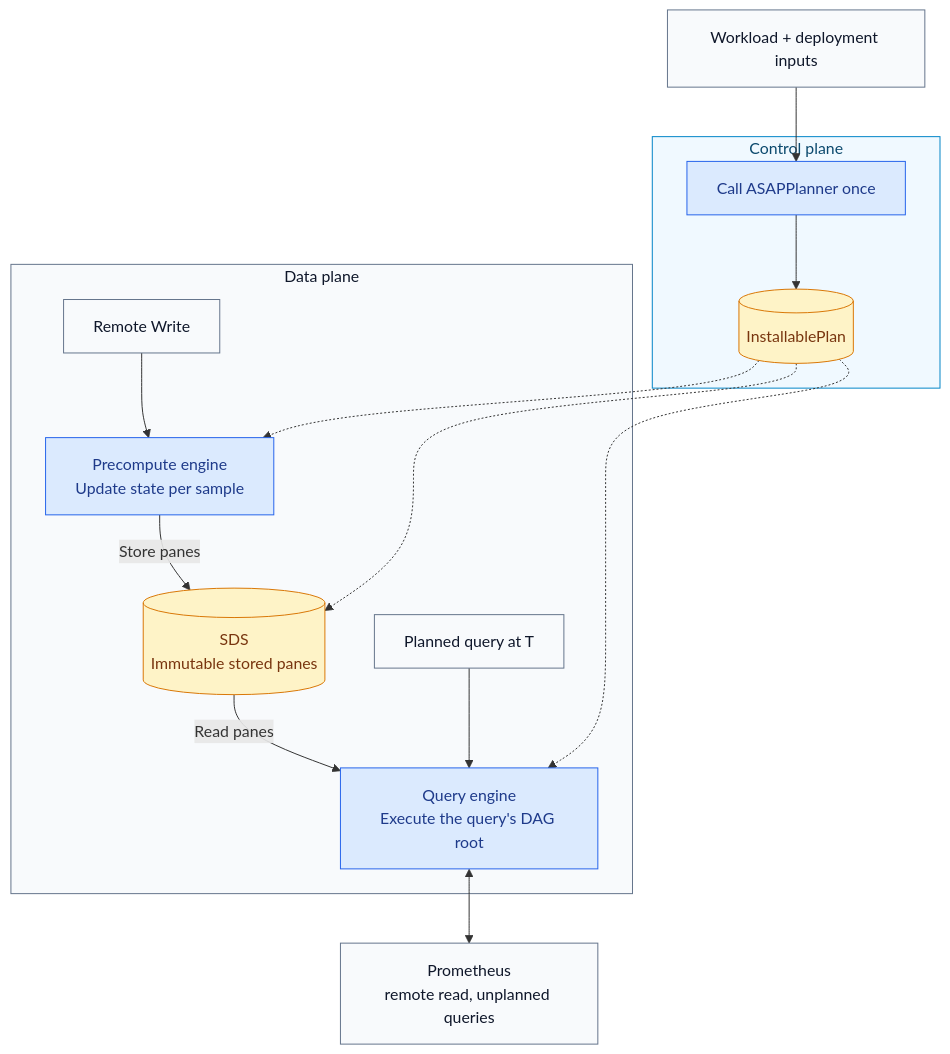
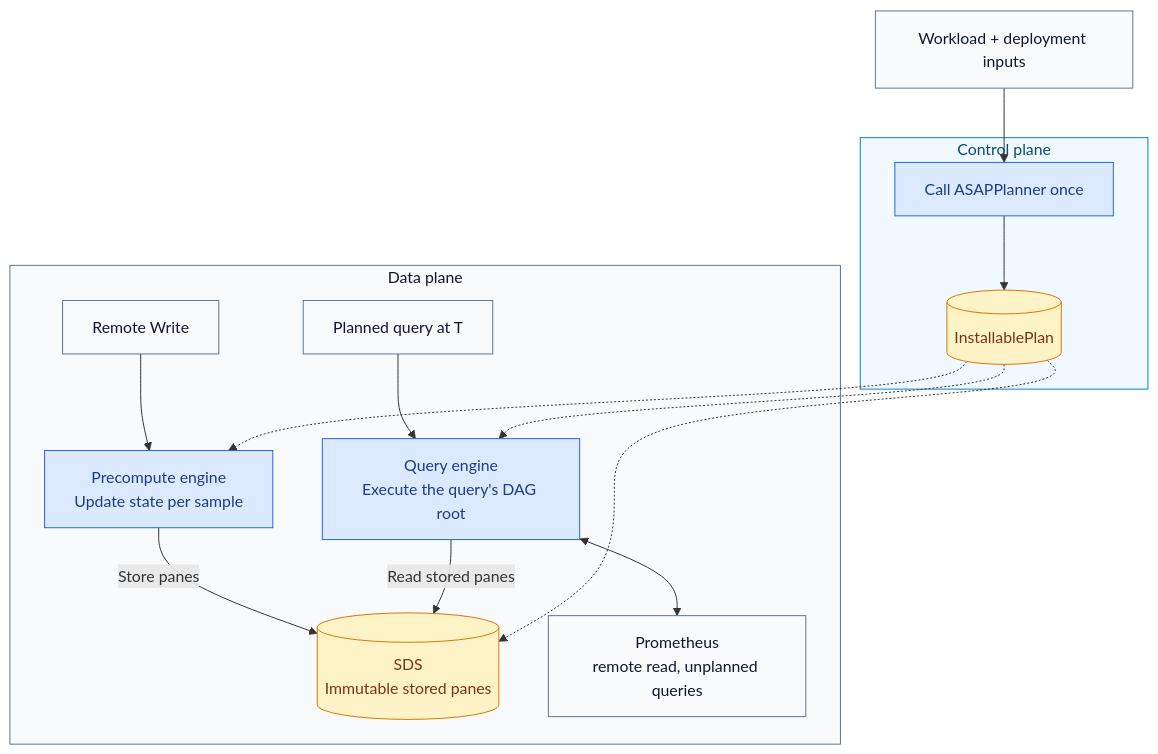
Before and after one commit to ProjectASAP/ASAPQuery-backend: the diagram in docs/design/backend-on-planner-physical-dag.md, drawn with Mermaid. The commit also changed other lines of this file, not shown here.

Commit message:
docs: clarify planning responsibilities and widen data-plane diagram

````diff
--- a/docs/design/backend-on-planner-physical-dag.md
+++ b/docs/design/backend-on-planner-physical-dag.md
@@ -11,27 +11,27 @@
 ```mermaid
 flowchart TB
   W[Workload + deployment inputs] --> PL
   subgraph CP[Control plane]
     PL[Call ASAPPlanner once] --> P[(InstallablePlan)]
   end
   subgraph DP[Data plane]
     RW[Remote Write] --> PE[Precompute engine<br/>Update state per sample]
     PE -->|Store panes| SDS[(SDS<br/>Immutable stored panes)]
-    SDS -->|Read panes| QE[Query engine<br/>Execute the query's DAG root]
-    Q[Planned query at T] --> QE
+    Q[Planned query at T] --> QE[Query engine<br/>Execute the query's DAG root]
+    QE -->|Read stored panes| SDS
+    QE <--> PROM[Prometheus<br/>remote read, unplanned queries]
   end
 
   P -.-> PE
   P -.-> SDS
   P -.-> QE
-  QE <--> PROM[Prometheus<br/>remote read, unplanned queries]
 
   classDef input fill:#f8fafc,stroke:#64748b,color:#0f172a
   classDef engine fill:#dbeafe,stroke:#2563eb,color:#1e3a8a
   classDef storage fill:#fef3c7,stroke:#d97706,color:#78350f
   class W,RW,Q,PROM input
   class PL,PE,QE engine
   class P,SDS storage
   style CP fill:#f0f9ff,stroke:#0284c7,color:#0c4a6e
   style DP fill:#f8fafc,stroke:#64748b,color:#0f172a
 ```
````
